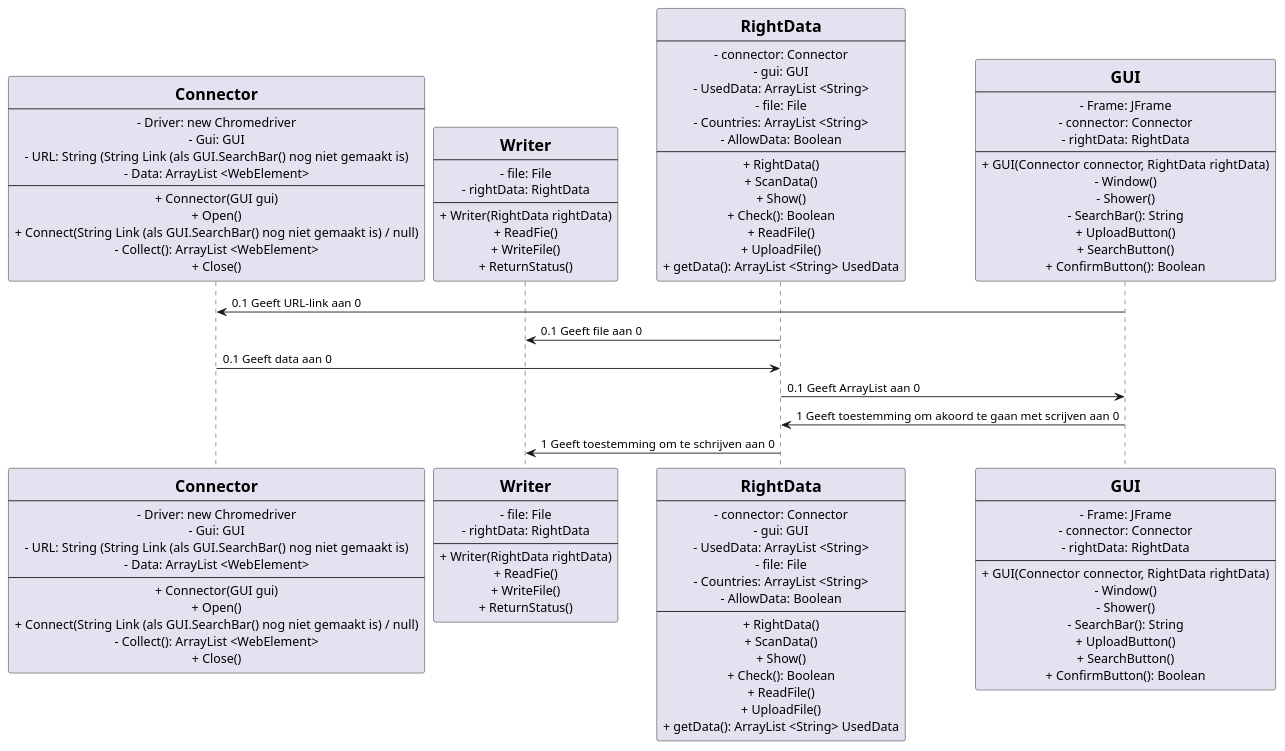
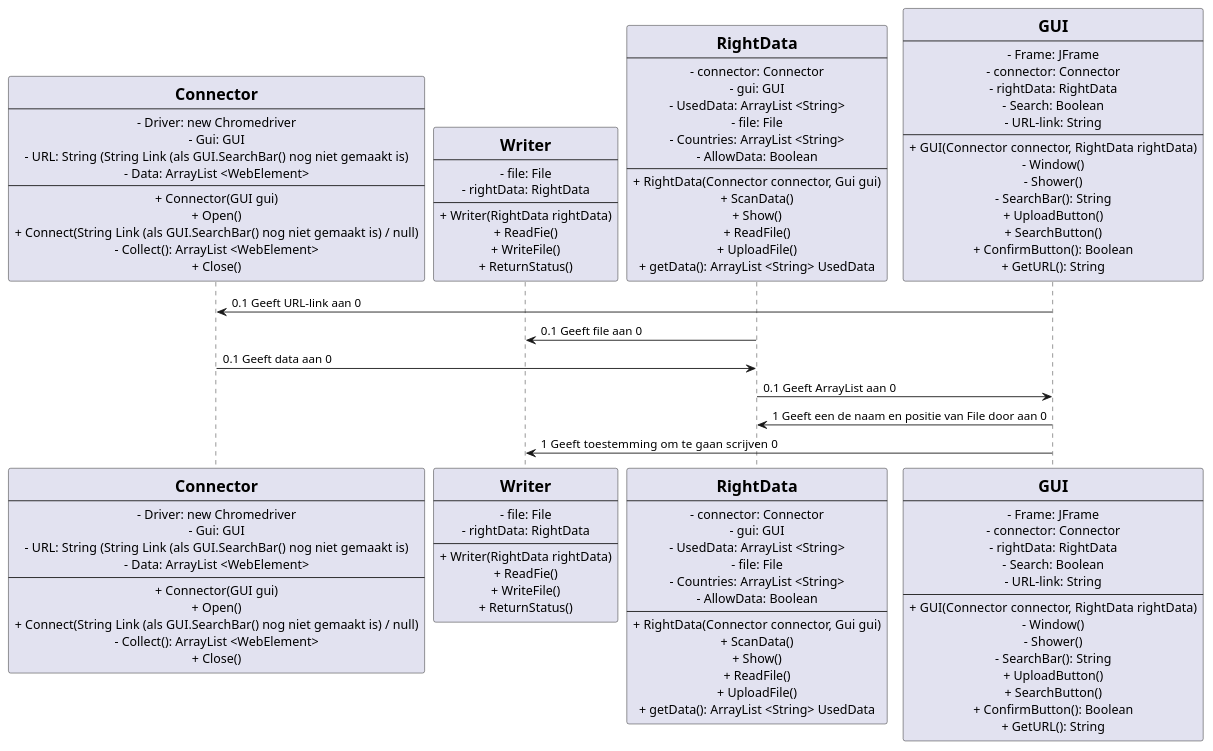
Before and after one commit to Jarnovis/De_Staten_Scanner_-Excel_Versie-: the diagram in UML Diagram.puml, drawn with PlantUML.

Commit message:
Up to date

```diff
--- a/UML Diagram.puml
+++ b/UML Diagram.puml
@@ -1,73 +1,75 @@
 @startuml
 'https://plantuml.com/sequence-
 participant Connector[
 =Connector
 ----
 - Driver: new Chromedriver
 - Gui: GUI
 - URL: String (String Link (als GUI.SearchBar() nog niet gemaakt is)
 - Data: ArrayList <WebElement>
 ----
 + Connector(GUI gui)
 + Open()
 + Connect(String Link (als GUI.SearchBar() nog niet gemaakt is) / null)
 - Collect(): ArrayList <WebElement>
 + Close()
 ]
 
 participant Writer[
 =Writer
 ----
 - file: File
 - rightData: RightData
 ----
 + Writer(RightData rightData)
 + ReadFie()
 + WriteFile()
 + ReturnStatus()
 ]
 
 participant RightData[
 =RightData
 ----
 - connector: Connector
 - gui: GUI
 - UsedData: ArrayList <String>
 - file: File
 - Countries: ArrayList <String>
 - AllowData: Boolean
 ----
-+ RightData()
++ RightData(Connector connector, Gui gui)
 + ScanData()
 + Show()
-+ Check(): Boolean
 + ReadFile()
 + UploadFile()
 + getData(): ArrayList <String> UsedData
 ]
 
 participant GUI[
 =GUI
 ----
 - Frame: JFrame
 - connector: Connector
 - rightData: RightData
+- Search: Boolean
+- URL-link: String
 ----
 + GUI(Connector connector, RightData rightData)
 - Window()
 - Shower()
 - SearchBar(): String
 + UploadButton()
 + SearchButton()
 + ConfirmButton(): Boolean
++ GetURL(): String
 ]
 
 Connector <- GUI: 0.1 Geeft URL-link aan 0
 Writer <- RightData: 0.1 Geeft file aan 0
 Connector -> RightData: 0.1 Geeft data aan 0
 RightData -> GUI: 0.1 Geeft ArrayList aan 0
-RightData <- GUI: 1 Geeft toestemming om akoord te gaan met scrijven aan 0
-Writer <- RightData: 1 Geeft toestemming om te schrijven aan 0
+RightData <- GUI: 1 Geeft een de naam en positie van File door aan 0
+Writer <- GUI: 1 Geeft toestemming om  te gaan scrijven 0
 
 autonumber
 @enduml
```
